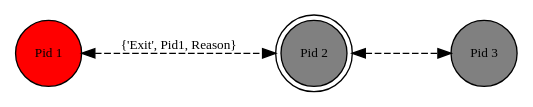
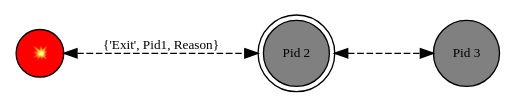
One commit to mtrsk/mtrsk.github.io changed the fifth of 7 diagrams in notes/20241001192402-error_handling_in_erlang.org. Above: the diagram before and after it, drawn with Graphviz. The commit also changed other lines of this file and 11 other files, not shown here.

Commit message:
notes: add graphviz-based images

```diff
--- a/notes/20241001192402-error_handling_in_erlang.org
+++ b/notes/20241001192402-error_handling_in_erlang.org
@@ -77,15 +191,15 @@
 #+BEGIN_SRC dot :file ../static/img/notes/erlang_error_trapping.png :cmdline -Kdot -Tpng :exports results
   digraph Trapping {
       node [shape=circle];
       rankdir="LR";
       sep = 1;
 
-      pid1 [label="Pid 1", fontsize="10pt", style=filled, fillcolor=red];
+      pid1 [label="💥", fontsize="10pt", style=filled, fillcolor=red];
       pid2 [label="Pid 2", fontsize="10pt", style=filled, fillcolor=grey; shape=doublecircle];
       pid3 [label="Pid 3", fontsize="10pt", style=filled, fillcolor=grey];
 
 
       pid1 -> pid2 [label="{'Exit', Pid1, Reason}", dir=both, fontsize="10pt", minlen=1, style=dashed];
       pid2 -> pid3 [dir=both, fontsize="10pt", minlen=2, style=dashed];
   }
 #+END_SRC
```
